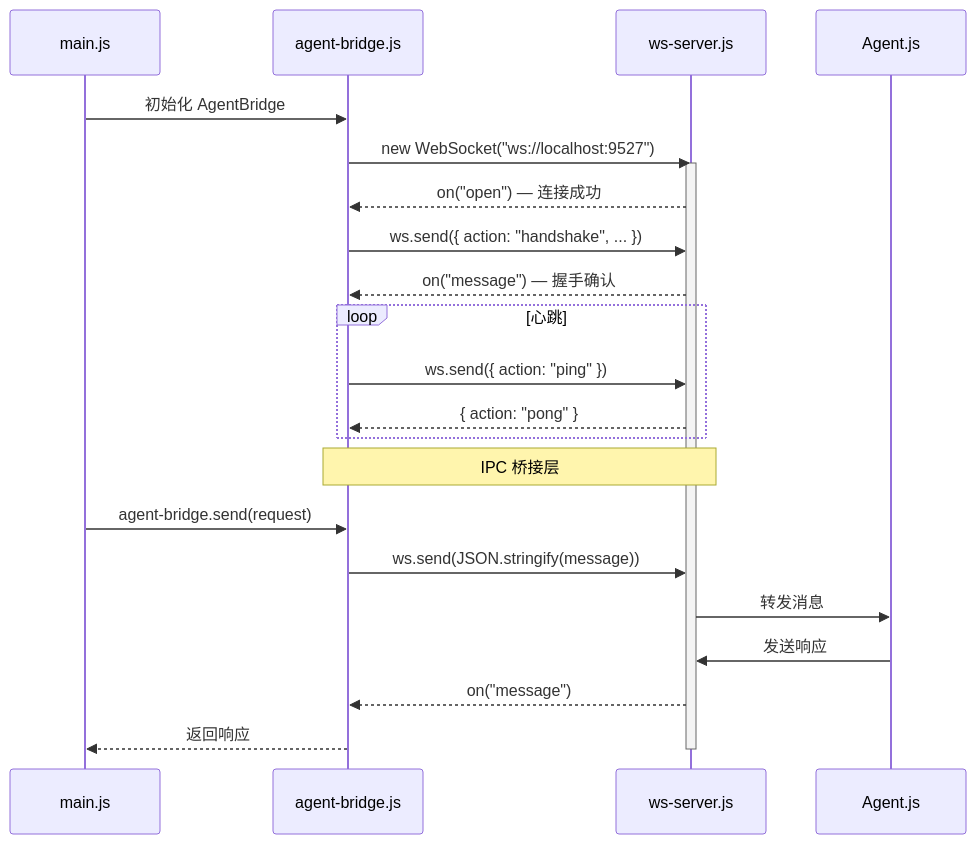
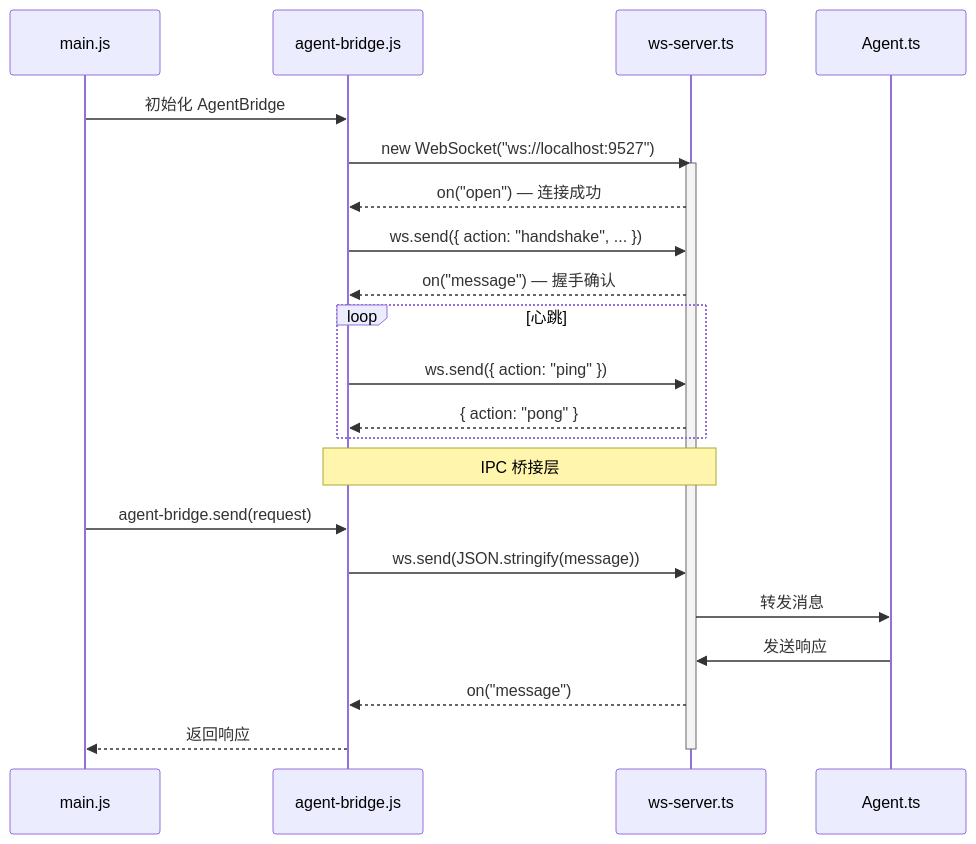
One commit to 1486853830/CogitoAgent changed the seventh of 7 diagrams in introduction/architecture.md. Above: the diagram before and after it, drawn with Mermaid. The commit also changed other lines of this file and 14 other files, not shown here.

````diff
--- a/introduction/architecture.md
+++ b/introduction/architecture.md
@@ -384,32 +386,32 @@
 ```mermaid
 sequenceDiagram
     participant Main as main.js
     participant Bridge as agent-bridge.js
-    participant WS as ws-server.js
-    participant Agent as Agent.js
+    participant WS as ws-server.ts
+    participant Agent as Agent.ts
 
     Main->>Bridge: 初始化 AgentBridge
     Bridge->>WS: new WebSocket("ws://localhost:9527")
 
     activate WS
     WS-->>Bridge: on("open") — 连接成功
     Bridge->>WS: ws.send({ action: "handshake", ... })
     WS-->>Bridge: on("message") — 握手确认
 
     loop 心跳
         Bridge->>WS: ws.send({ action: "ping" })
         WS-->>Bridge: { action: "pong" }
     end
 
     Note over Bridge,WS: IPC 桥接层
 
     Main->>Bridge: agent-bridge.send(request)
     Bridge->>WS: ws.send(JSON.stringify(message))
     WS->>Agent: 转发消息
 
     Agent->>WS: 发送响应
     WS-->>Bridge: on("message")
     Bridge-->>Main: 返回响应
 
     deactivate WS
 ```
````
